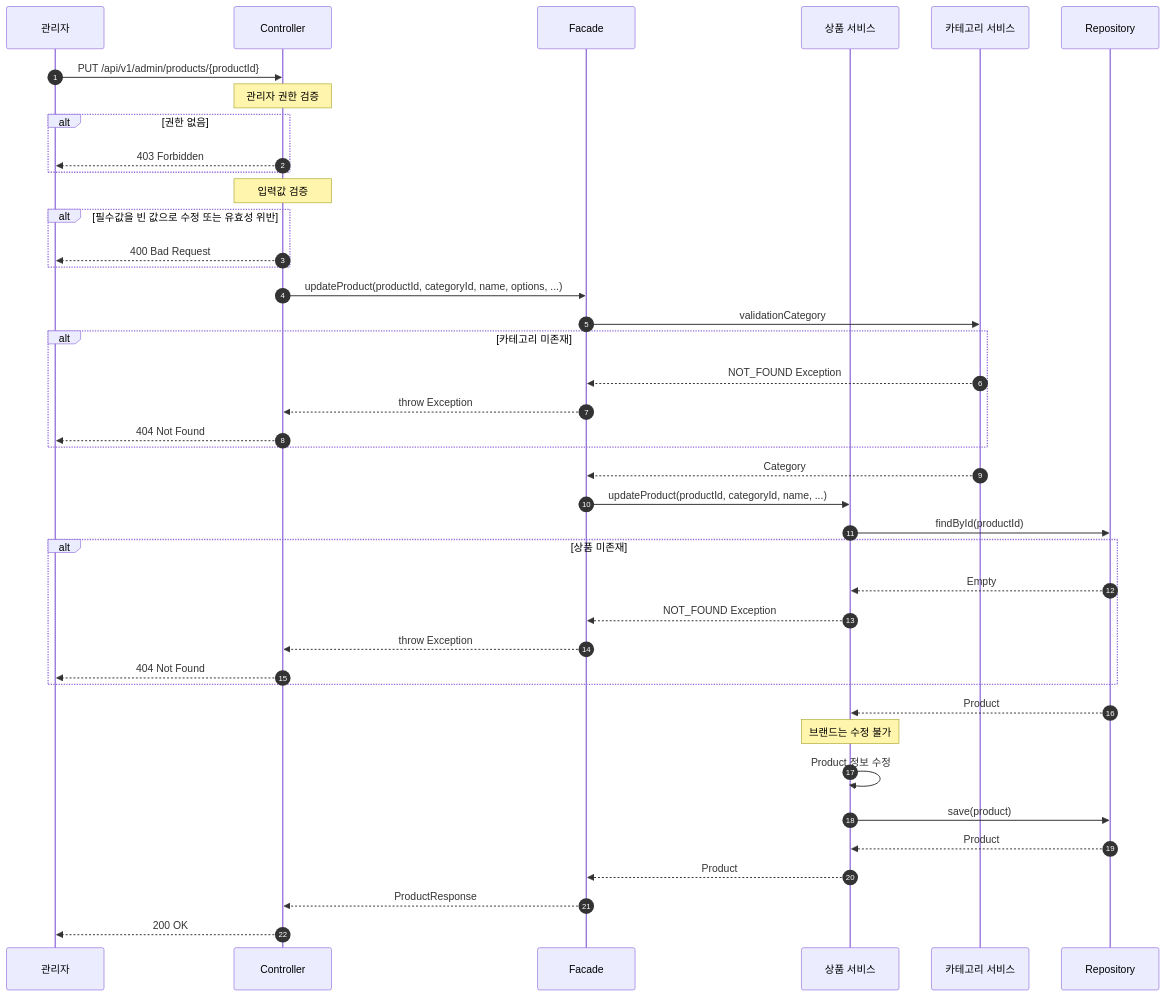
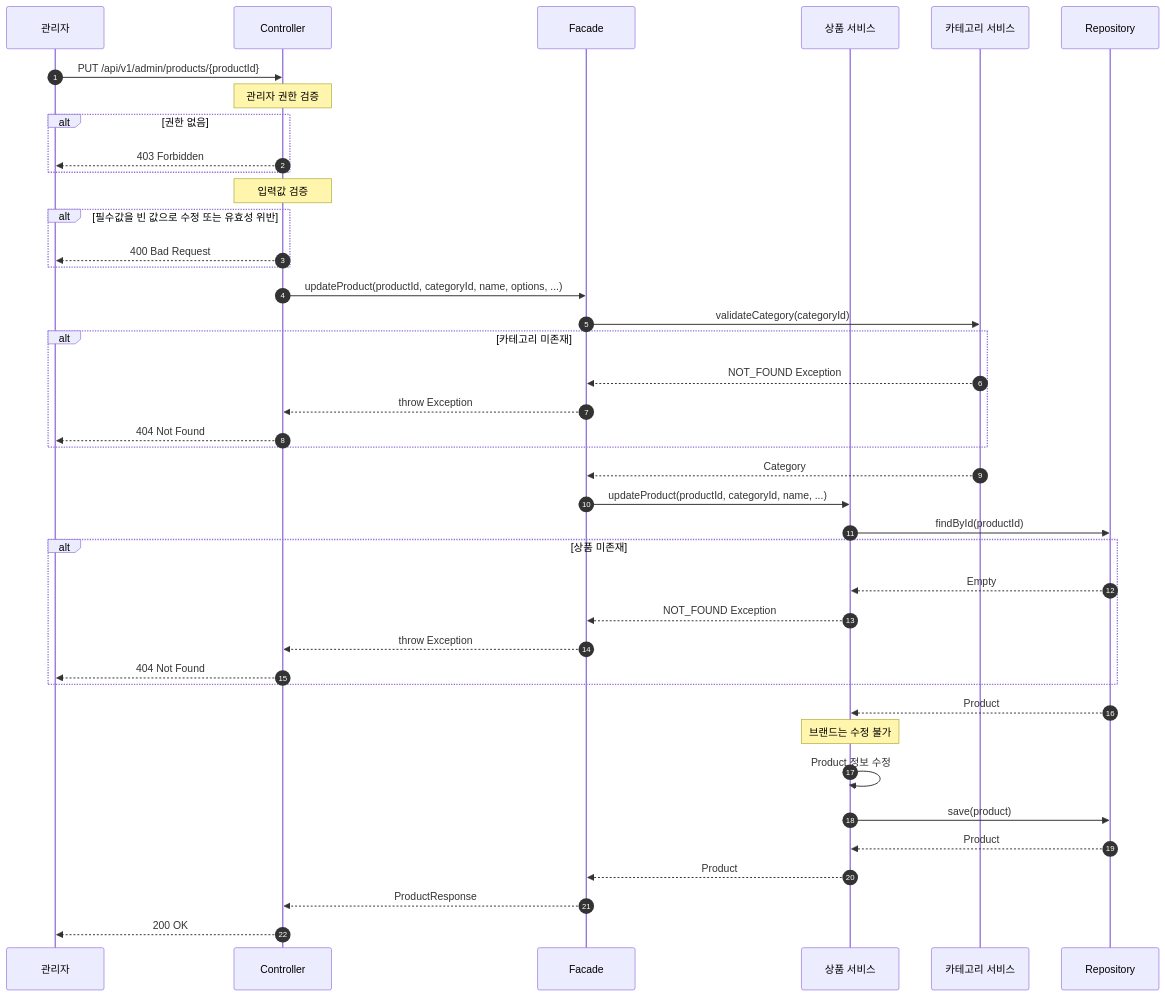
One commit to letter333/loop-pack-be-l2-vol3-java changed diagram 11 of 16 in docs/design/02-sequence-diagram.md. Above: the diagram before and after it, drawn with Mermaid. The commit also changed other lines of this file and 3 other files, not shown here.

````diff
--- a/docs/design/02-sequence-diagram.md
+++ b/docs/design/02-sequence-diagram.md
@@ -421,55 +412,55 @@
 ```mermaid
 sequenceDiagram
     autonumber
     participant Admin as 관리자
     participant Controller
     participant Facade
     participant ProductService as 상품 서비스
     participant CategoryService as 카테고리 서비스
     participant Repository
 
     Admin->>Controller: PUT /api/v1/admin/products/{productId}
     Note over Controller: 관리자 권한 검증
 
     alt 권한 없음
         Controller-->>Admin: 403 Forbidden
     end
 
     Note over Controller: 입력값 검증
 
     alt 필수값을 빈 값으로 수정 또는 유효성 위반
         Controller-->>Admin: 400 Bad Request
     end
 
     Controller->>Facade: updateProduct(productId, categoryId, name, options, ...)
 
-    Facade->>CategoryService: validationCategory
+    Facade->>CategoryService: validateCategory(categoryId)
 
     alt 카테고리 미존재
         CategoryService-->>Facade: NOT_FOUND Exception
         Facade-->>Controller: throw Exception
         Controller-->>Admin: 404 Not Found
     end
 
     CategoryService-->>Facade: Category
 
     Facade->>ProductService: updateProduct(productId, categoryId, name, ...)
     ProductService->>Repository: findById(productId)
 
     alt 상품 미존재
         Repository-->>ProductService: Empty
         ProductService-->>Facade: NOT_FOUND Exception
         Facade-->>Controller: throw Exception
         Controller-->>Admin: 404 Not Found
     end
 
     Repository-->>ProductService: Product
     Note over ProductService: 브랜드는 수정 불가
     ProductService->>ProductService: Product 정보 수정
     ProductService->>Repository: save(product)
     Repository-->>ProductService: Product
     ProductService-->>Facade: Product
 
     Facade-->>Controller: ProductResponse
     Controller-->>Admin: 200 OK
 ```
````
